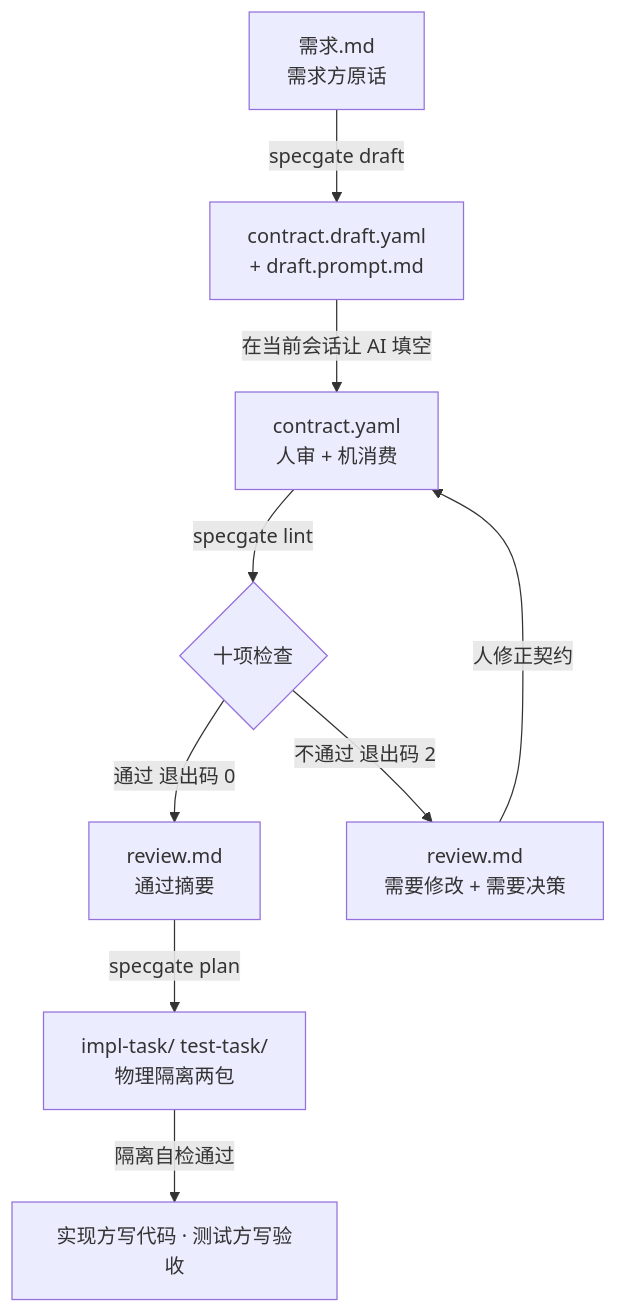
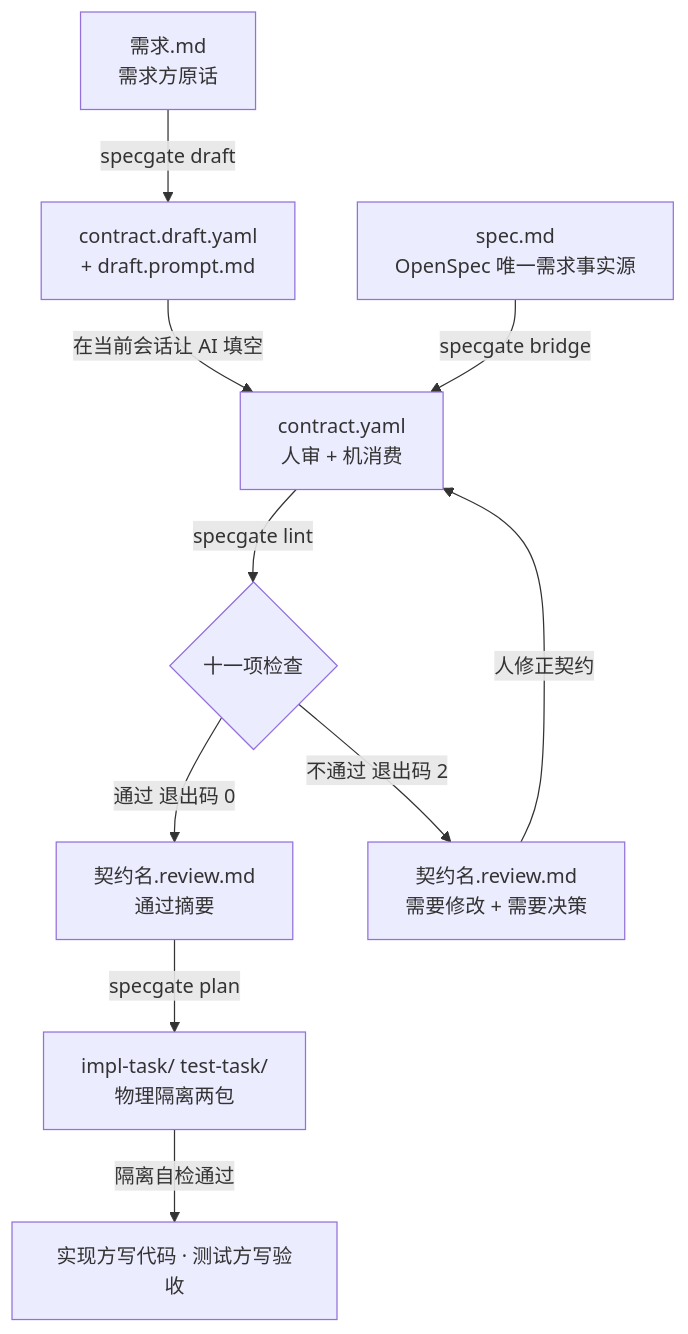
One commit to supernisy/specgate changed the diagram in GUIDE.md. Above: the diagram before and after it, drawn with Mermaid. The commit also changed other lines of this file and 13 other files, not shown here.

````diff
--- a/GUIDE.md
+++ b/GUIDE.md
@@ -53,11 +80,12 @@
 ```mermaid
 flowchart TD
-    A[需求.md<br/>需求方原话] -->|specgate draft| B[contract.draft.yaml<br/>+ draft.prompt.md]
-    B -->|在当前会话让 AI 填空| C[contract.yaml<br/>人审 + 机消费]
-    C -->|specgate lint| D{十项检查}
-    D -->|通过 退出码 0| E[review.md<br/>通过摘要]
-    D -->|不通过 退出码 2| F[review.md<br/>需要修改 + 需要决策]
+    A1[需求.md<br/>需求方原话] -->|specgate draft| B1[contract.draft.yaml<br/>+ draft.prompt.md]
+    B1 -->|在当前会话让 AI 填空| C[contract.yaml<br/>人审 + 机消费]
+    A2[spec.md<br/>OpenSpec 唯一需求事实源] -->|specgate bridge| C
+    C -->|specgate lint| D{十一项检查}
+    D -->|通过 退出码 0| E[契约名.review.md<br/>通过摘要]
+    D -->|不通过 退出码 2| F[契约名.review.md<br/>需要修改 + 需要决策]
     F -->|人修正契约| C
     E -->|specgate plan| G[impl-task/  test-task/<br/>物理隔离两包]
     G -->|隔离自检通过| H[实现方写代码 · 测试方写验收]
 ```
````
